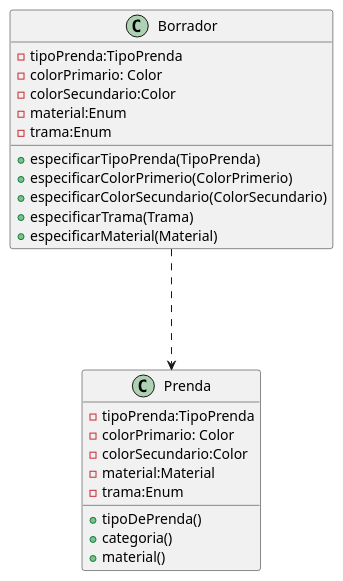
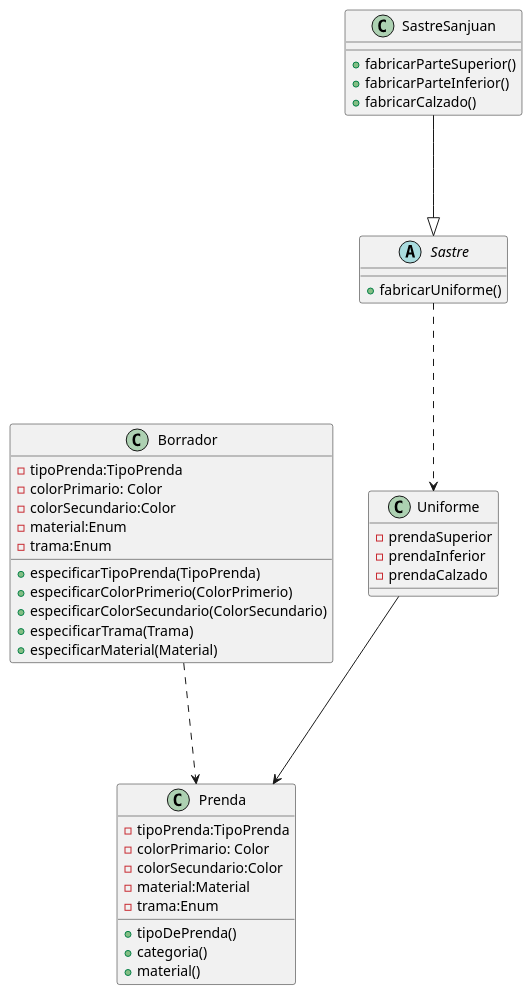
Before and after one commit to LeandroFusetti/ejercicioQMP: the diagram in src/main/java/ar/edu/utn/frba/dds/QMP2.puml, drawn with PlantUML. The commit also changed 14 other files, not shown here.

```diff
--- a/src/main/java/ar/edu/utn/frba/dds/QMP2.puml
+++ b/src/main/java/ar/edu/utn/frba/dds/QMP2.puml
@@ -1,32 +1,49 @@
 @startuml
 'https://plantuml.com/sequence-diagram
 
 class Prenda{
     -tipoPrenda:TipoPrenda
     -colorPrimario: Color
     -colorSecundario:Color
     -material:Material
     -trama:Enum
     +tipoDePrenda()
     +categoria()
     +material()
 }
 
 class Borrador{
     -tipoPrenda:TipoPrenda
     -colorPrimario: Color
     -colorSecundario:Color
     -material:Enum
     -trama:Enum
     +especificarTipoPrenda(TipoPrenda)
     +especificarColorPrimerio(ColorPrimerio)
     +especificarColorSecundario(ColorSecundario)
     +especificarTrama(Trama)
     +especificarMaterial(Material)
 }
 
+abstract class Sastre{
++fabricarUniforme()
+
+}
+
+class SastreSanjuan{
++fabricarParteSuperior()
++fabricarParteInferior()
++fabricarCalzado()
+}
+
+class Uniforme{
+-prendaSuperior
+-prendaInferior
+-prendaCalzado
+}
 
 Borrador ...>Prenda
-
-
+SastreSanjuan ---|>Sastre
+Sastre ...>Uniforme
+Uniforme --->Prenda
 @enduml
```
